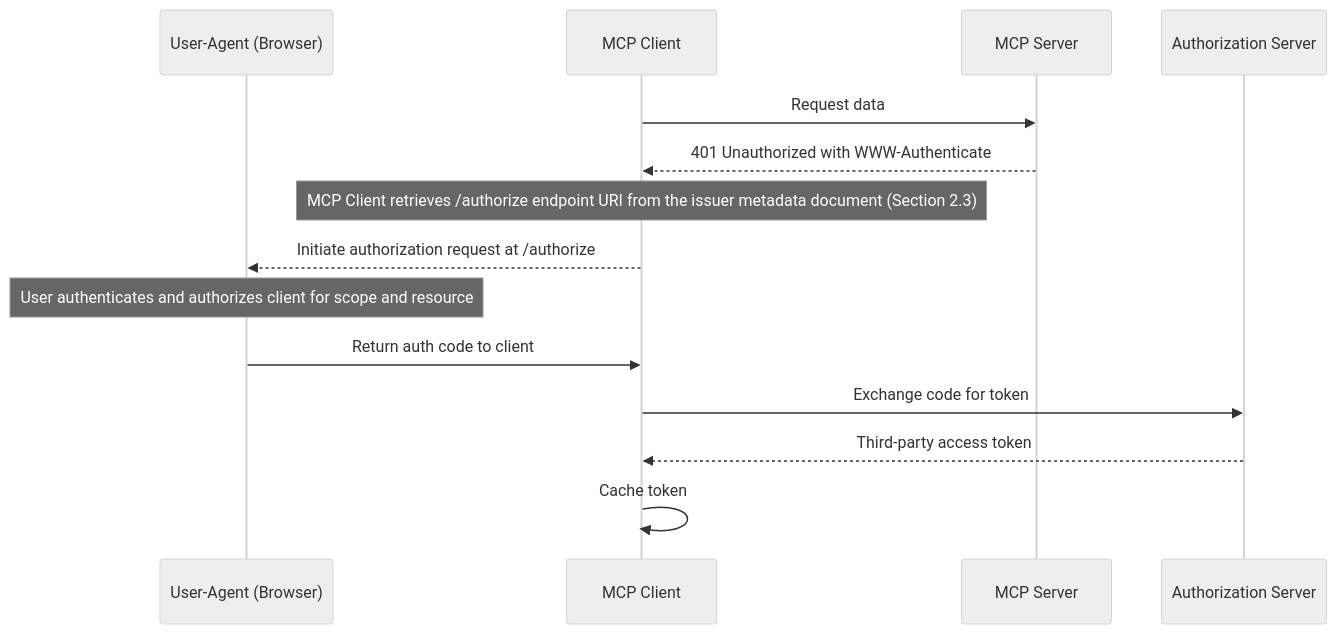
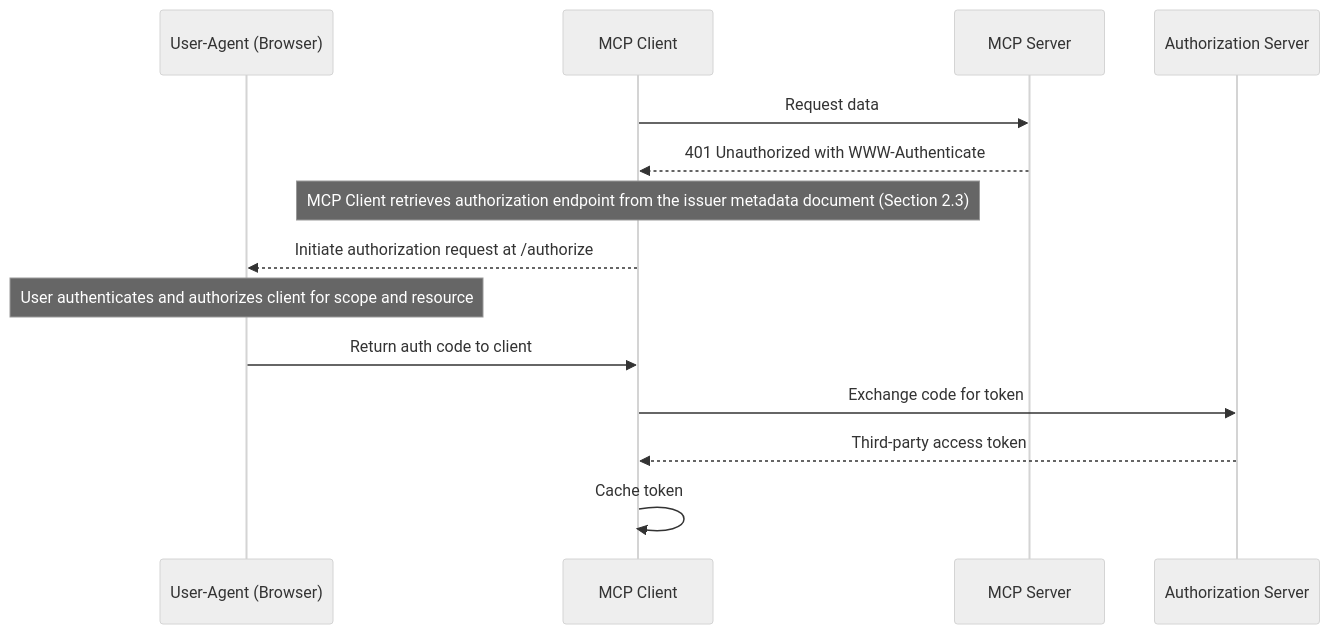
One commit to pcarleton/specification changed the second of 4 diagrams in docs/specification/2025-03-26/basic/authorization.mdx. Above: the diagram before and after it, drawn with Mermaid (neutral theme).

````diff
--- a/docs/specification/2025-03-26/basic/authorization.mdx
+++ b/docs/specification/2025-03-26/basic/authorization.mdx
@@ -203,17 +203,17 @@
 ```mermaid
 sequenceDiagram
     participant UA as User-Agent (Browser)
     participant MC as MCP Client
     participant MS as MCP Server
     participant AUTHZS as Authorization Server
 
     MC->>MS: Request data
     MS-->>MC: 401 Unauthorized with WWW-Authenticate
-    Note over MC: MCP Client retrieves /authorize endpoint URI from the issuer metadata document (Section 2.3)
+    Note over MC: MCP Client retrieves authorization endpoint from the issuer metadata document (Section 2.3)
     MC-->>UA: Initiate authorization request at /authorize
     Note over UA: User authenticates and authorizes client for scope and resource
     UA->>MC: Return auth code to client
     MC->>AUTHZS: Exchange code for token
     AUTHZS-->>MC: Third-party access token
     MC->>MC: Cache token
 ```
````
